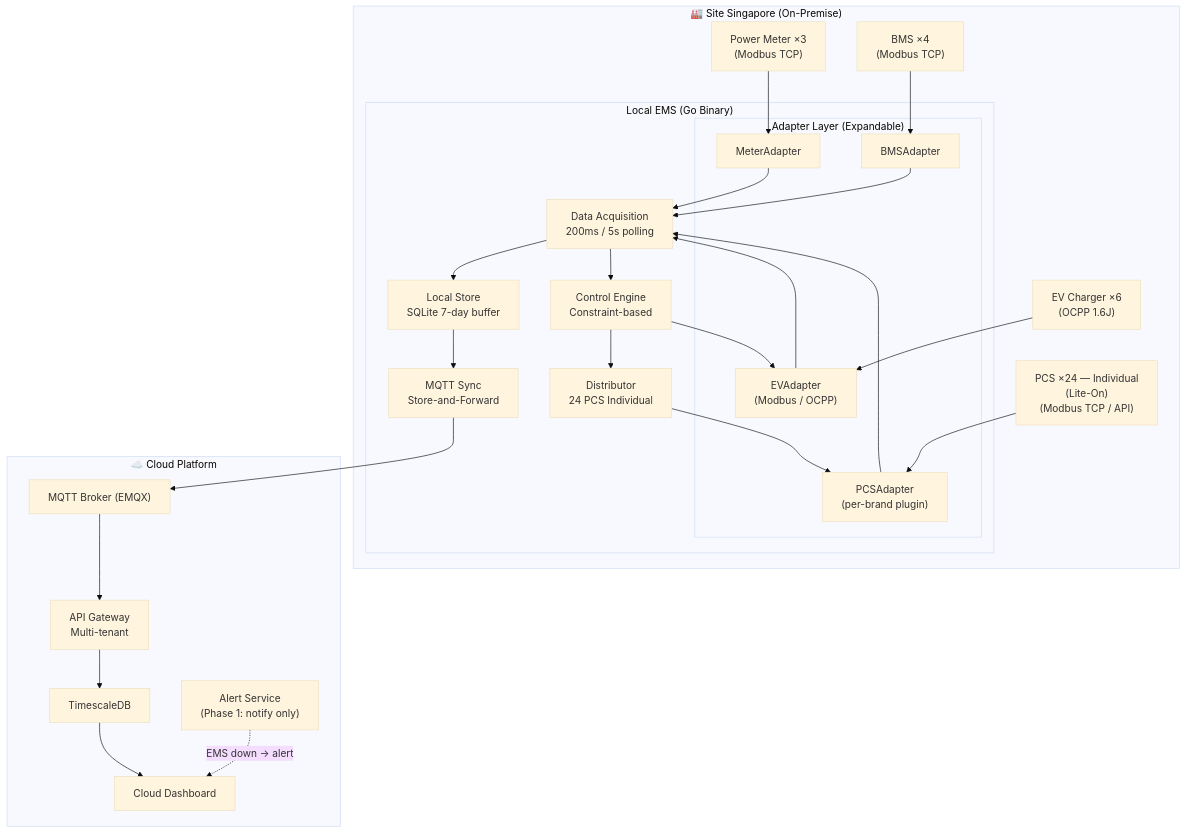
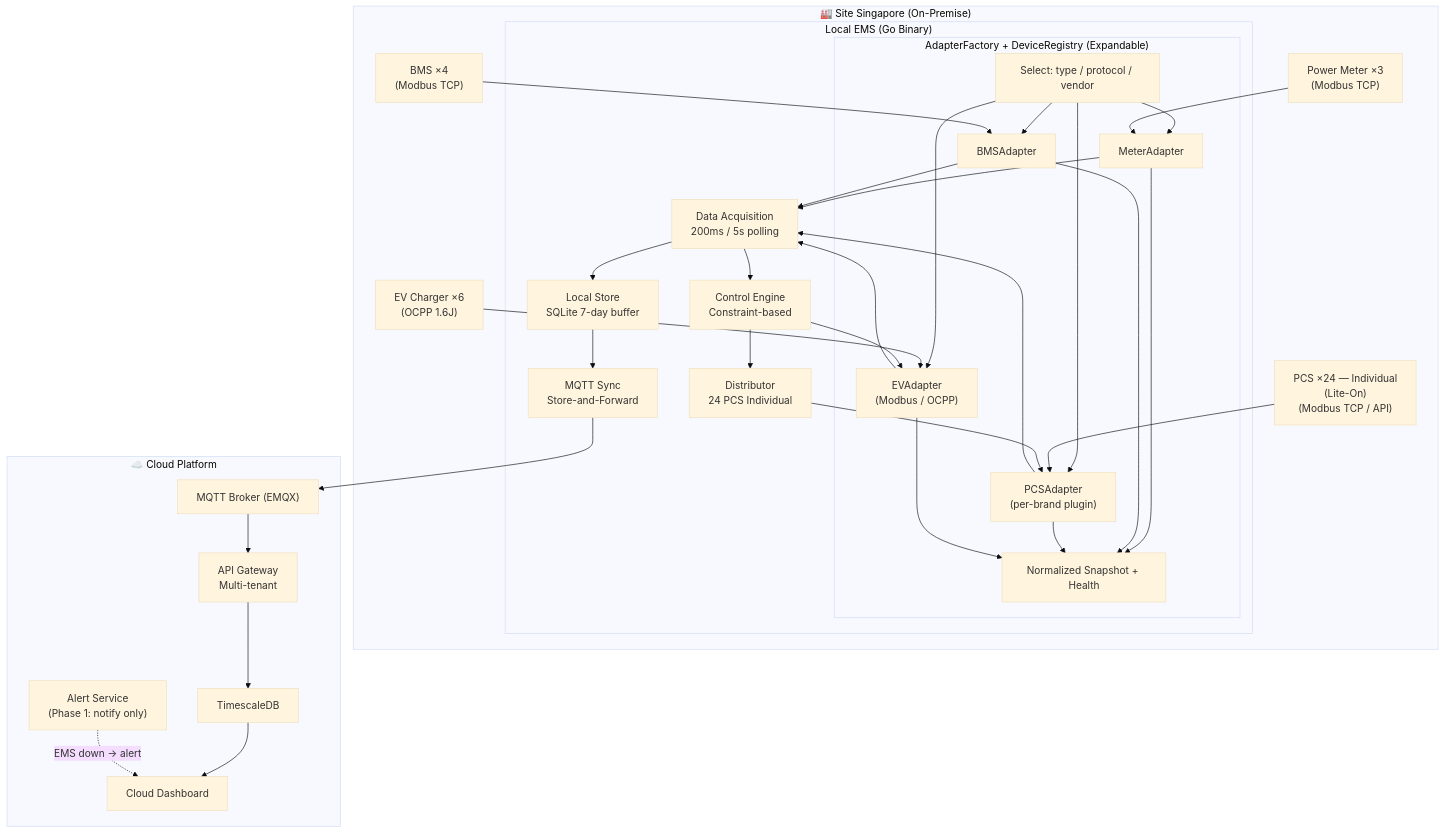
The first of 3 diagrams in docs/plans/design-plan-v3.md (ptit9x/local-ems), drawn with Mermaid (base theme) before and after one commit. The commit also changed other lines of this file and 57 other files, not shown here.

````diff
--- a/docs/plans/design-plan-v3.md
+++ b/docs/plans/design-plan-v3.md
@@ -24,41 +24,45 @@
 ```mermaid
 flowchart TD
     subgraph site["🏭 Site Singapore (On-Premise)"]
         PM["Power Meter ×3\n(Modbus TCP)"]
         BMS["BMS ×4\n(Modbus TCP)"]
         PCS["PCS ×24 — Individual\n(Lite-On)\n(Modbus TCP / API)"]
         EV["EV Charger ×6\n(OCPP 1.6J)"]
 
         subgraph ems["Local EMS (Go Binary)"]
-            subgraph adapters["Adapter Layer (Expandable)"]
+            subgraph adapters["AdapterFactory + DeviceRegistry (Expandable)"]
+                FACTORY["Select: type / protocol / vendor"]
                 AD_PM["MeterAdapter"]
                 AD_BMS["BMSAdapter"]
                 AD_PCS["PCSAdapter\n(per-brand plugin)"]
                 AD_EV["EVAdapter\n(Modbus / OCPP)"]
+                NORMALIZED["Normalized Snapshot + Health"]
+                FACTORY --> AD_PM & AD_BMS & AD_PCS & AD_EV
+                AD_PM & AD_BMS & AD_PCS & AD_EV --> NORMALIZED
             end
             DA["Data Acquisition\n200ms / 5s polling"]
             CE["Control Engine\nConstraint-based"]
             DS["Distributor\n24 PCS Individual"]
             ST["Local Store\nSQLite 7-day buffer"]
             SYNC["MQTT Sync\nStore-and-Forward"]
         end
     end
 
     subgraph cloud["☁️ Cloud Platform"]
         MQTT["MQTT Broker (EMQX)"]
         API["API Gateway\nMulti-tenant"]
         DB["TimescaleDB"]
         DASH["Cloud Dashboard"]
         ALERT["Alert Service\n(Phase 1: notify only)"]
     end
 
     PM --> AD_PM --> DA
     BMS --> AD_BMS --> DA
     PCS --> AD_PCS --> DA
     EV --> AD_EV --> DA
     DA --> CE --> DS --> AD_PCS
     CE --> AD_EV
     DA --> ST --> SYNC --> MQTT
     MQTT --> API --> DB --> DASH
     ALERT -.->|"EMS down → alert"| DASH
 ```
````
